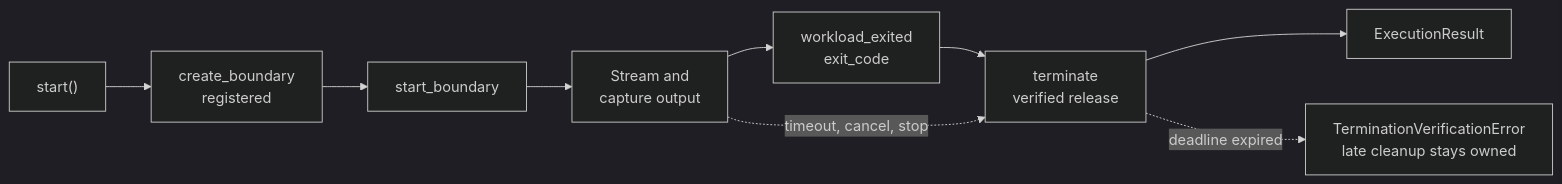
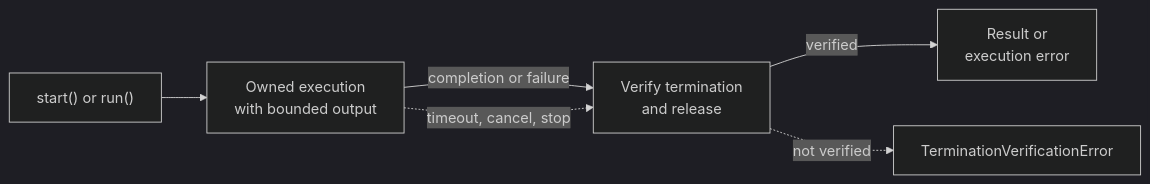
Before and after one commit to smuniharish/isolattice: the diagram in diagrams/execution-lifecycle.mmd, drawn with Mermaid (dark theme). The commit also changed 28 other files, not shown here.

```diff
--- a/diagrams/execution-lifecycle.mmd
+++ b/diagrams/execution-lifecycle.mmd
@@ -1,9 +1,6 @@
 flowchart LR
-    Start["start()"] --> Allocate["create_boundary<br/>registered"]
-    Allocate --> Launch["start_boundary"]
-    Launch --> Stream["Stream and<br/>capture output"]
-    Stream --> Exit["workload_exited<br/>exit_code"]
-    Exit --> Cleanup["terminate<br/>verified release"]
-    Cleanup --> Result["ExecutionResult"]
+    Start["start() or run()"] --> Stream["Owned execution<br/>with bounded output"]
+    Stream -->|completion or failure| Cleanup["Verify termination<br/>and release"]
+    Cleanup -->|verified| Outcome["Result or<br/>execution error"]
     Stream -.->|timeout, cancel, stop| Cleanup
-    Cleanup -.->|deadline expired| Late["TerminationVerificationError<br/>late cleanup stays owned"]
+    Cleanup -.->|not verified| Failure["TerminationVerificationError"]
```
